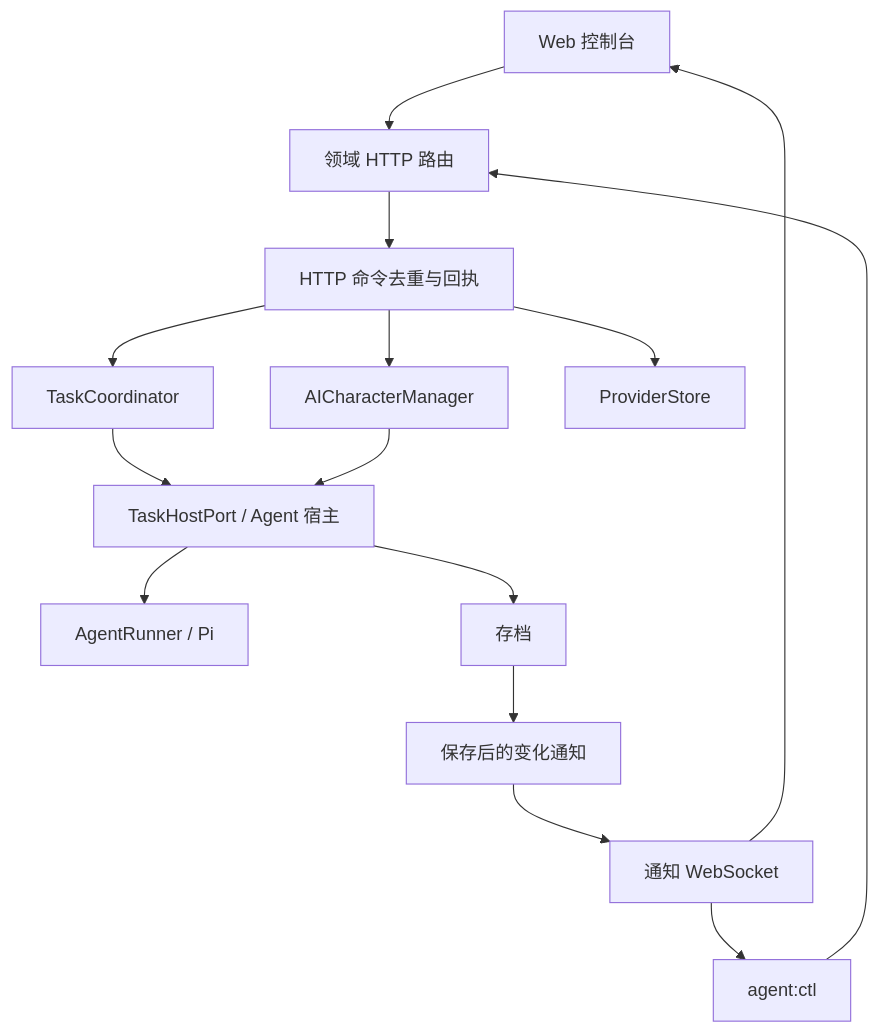
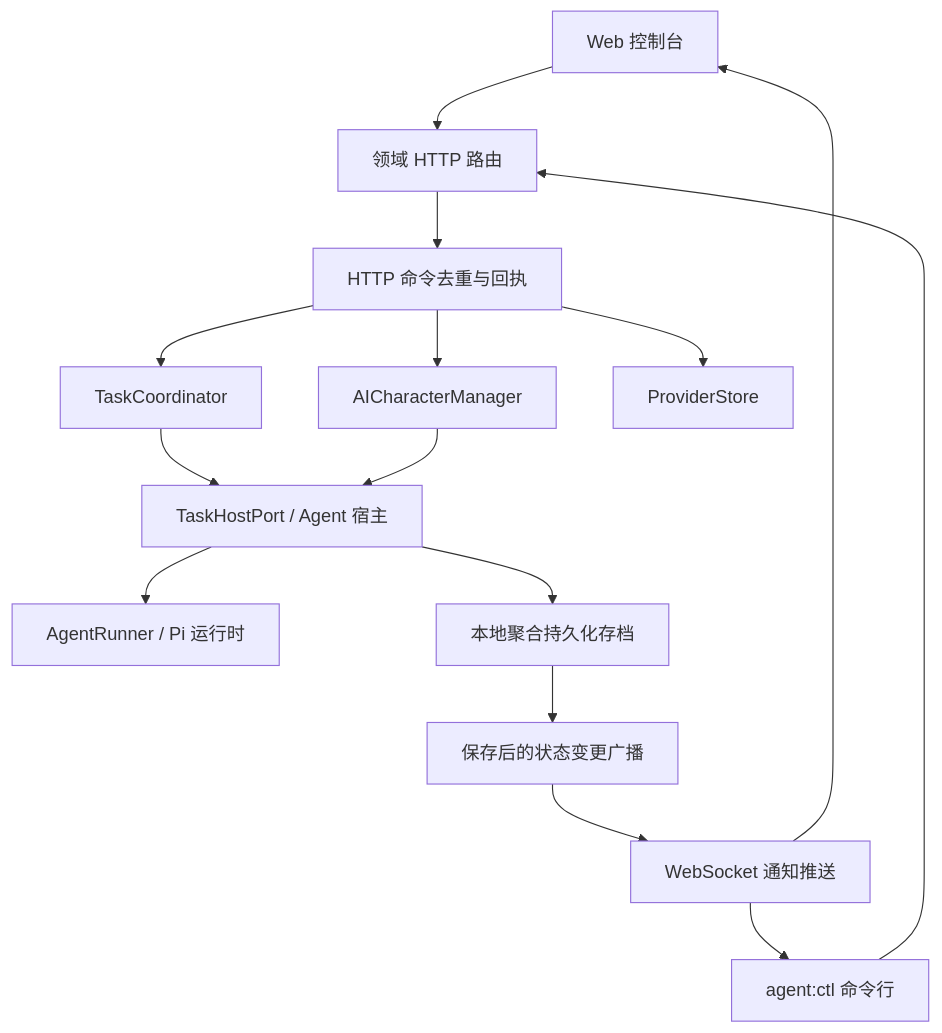
Before and after one commit to lulabs-org/agent-voxel-world: the diagram in docs/agent/gateway.md, drawn with Mermaid. The commit also changed other lines of this file and 15 other files, not shown here.

````diff
--- a/docs/agent/gateway.md
+++ b/docs/agent/gateway.md
@@ -5,17 +5,17 @@
 ```mermaid
 flowchart TD
   Web[Web 控制台] --> HTTP[领域 HTTP 路由]
-  CLI[agent:ctl] --> HTTP
+  CLI[agent:ctl 命令行] --> HTTP
   HTTP --> Commands[HTTP 命令去重与回执]
   Commands --> Characters[AICharacterManager]
   Commands --> Tasks[TaskCoordinator]
   Commands --> Providers[ProviderStore]
   Tasks --> Host[TaskHostPort / Agent 宿主]
   Characters --> Host
-  Host --> Runtime[AgentRunner / Pi]
-  Host --> Archive[存档]
-  Archive --> Events[保存后的变化通知]
-  Events --> WS[通知 WebSocket]
+  Host --> Runtime[AgentRunner / Pi 运行时]
+  Host --> Archive[本地聚合持久化存档]
+  Archive --> Events[保存后的状态变更广播]
+  Events --> WS[WebSocket 通知推送]
   WS --> Web
   WS --> CLI
 ```
````
